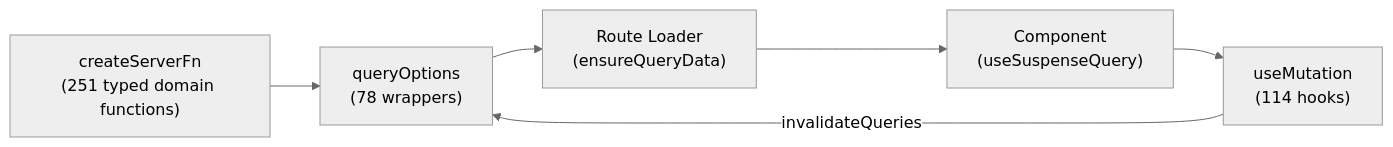
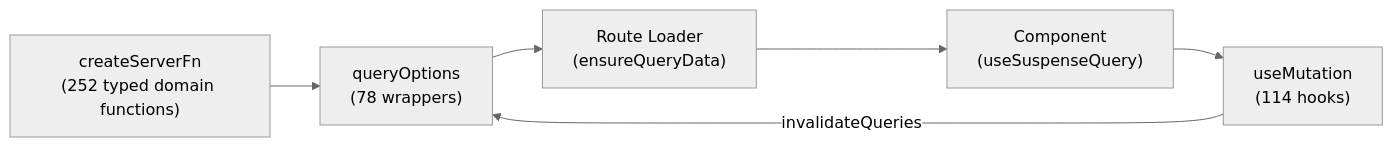
One commit to scaliuslabs/scalius-commerce-lite changed the third of 3 diagrams in README.MD. Above: the diagram before and after it, drawn with Mermaid (neutral theme). The commit also changed other lines of this file and 96 other files, not shown here.

````diff
--- a/README.MD
+++ b/README.MD
@@ -217,8 +217,8 @@
 ```mermaid
 flowchart LR
-    SF["createServerFn<br/>(251 typed domain functions)"] --> QO["queryOptions<br/>(78 wrappers)"]
+    SF["createServerFn<br/>(252 typed domain functions)"] --> QO["queryOptions<br/>(78 wrappers)"]
     QO --> L["Route Loader<br/>(ensureQueryData)"]
     L --> C["Component<br/>(useSuspenseQuery)"]
     C --> M["useMutation<br/>(114 hooks)"]
     M -->|invalidateQueries| QO
 ```
````
